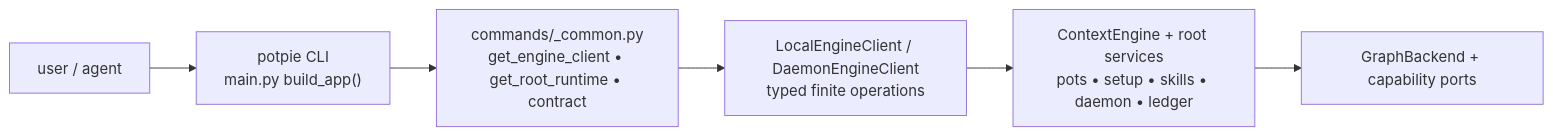
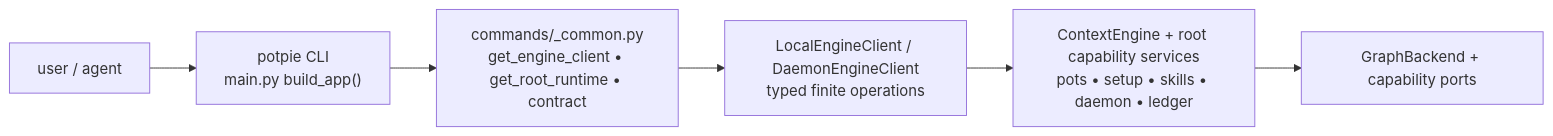
One commit to potpie-ai/potpie changed the first of 2 diagrams in docs/context-graph/cli-flow.md. Above: the diagram before and after it, drawn with Mermaid. The commit also changed other lines of this file and 11 other files, not shown here.

````diff
--- a/docs/context-graph/cli-flow.md
+++ b/docs/context-graph/cli-flow.md
@@ -29,11 +29,11 @@
 ```mermaid
 flowchart LR
   cf_user["user / agent"]
   cf_cli["potpie CLI<br/>main.py build_app()"]
   cf_common["commands/_common.py<br/>get_engine_client • get_root_runtime • contract"]
   cf_shell["LocalEngineClient / DaemonEngineClient<br/>typed finite operations"]
-  cf_svc["ContextEngine + root services<br/>pots • setup • skills • daemon • ledger"]
+  cf_svc["ContextEngine + root capability services<br/>pots • setup • skills • daemon • ledger"]
   cf_ports["GraphBackend + capability ports"]
 
   cf_user --> cf_cli --> cf_common --> cf_shell --> cf_svc --> cf_ports
 ```
````
